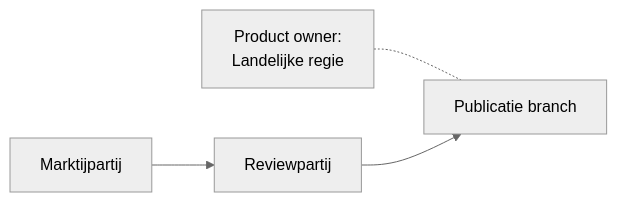
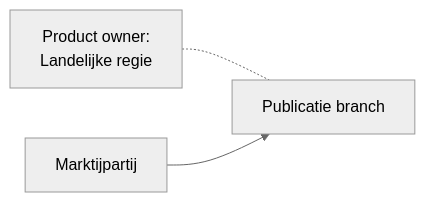
The second of 2 diagrams in resultaten/openzaak-ecosysteem-stappen.md (open-zaak/samenwerken), drawn with Mermaid (neutral theme) before and after one commit. The commit also changed other lines of this file, not shown here.

````diff
--- a/resultaten/openzaak-ecosysteem-stappen.md
+++ b/resultaten/openzaak-ecosysteem-stappen.md
@@ -38,13 +45,11 @@
 ```mermaid
 graph LR
     %% Nodes
     Dev1["Marktijpartij"]
-    ReviewP2["Reviewpartij"]
     Upstream["Publicatie branch"]
     PO["Product owner:<br/>Landelijke regie"]
 
     %% Connections
     PO -.- Upstream
-    Dev1 --> ReviewP2
-    ReviewP2 --> Upstream
+    Dev1 --> Upstream
 ```
````
